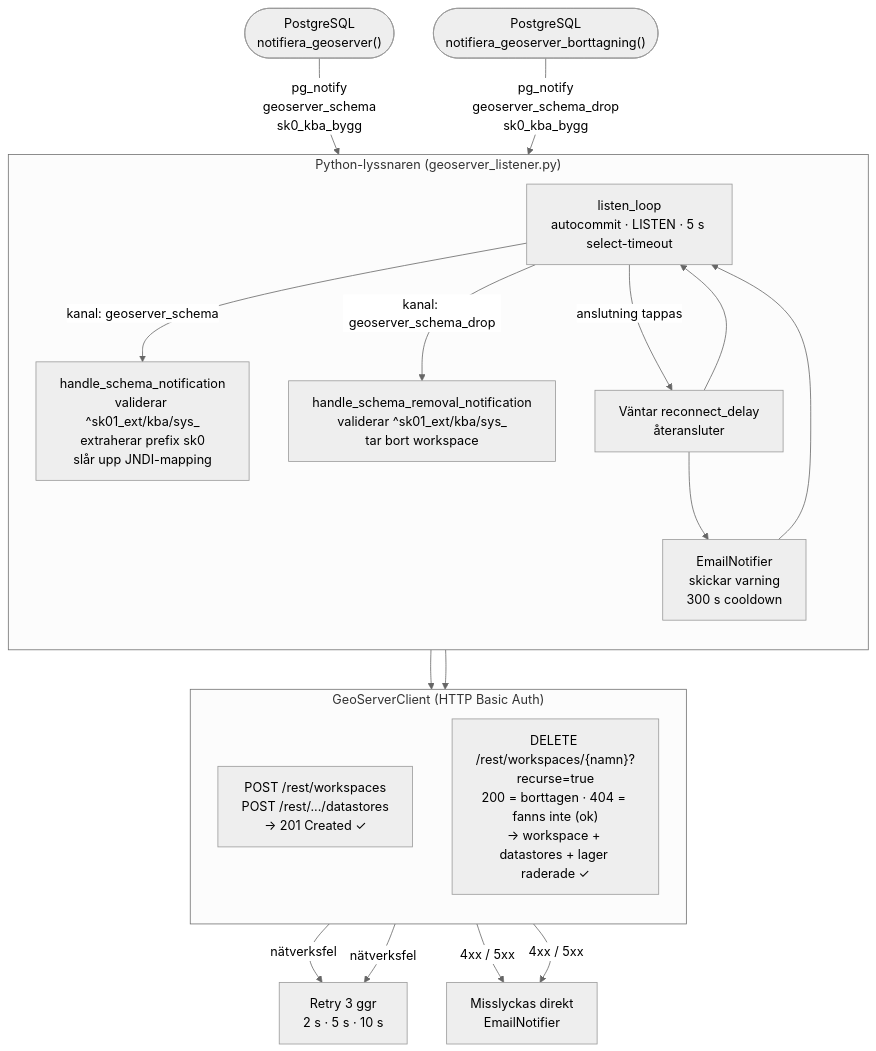
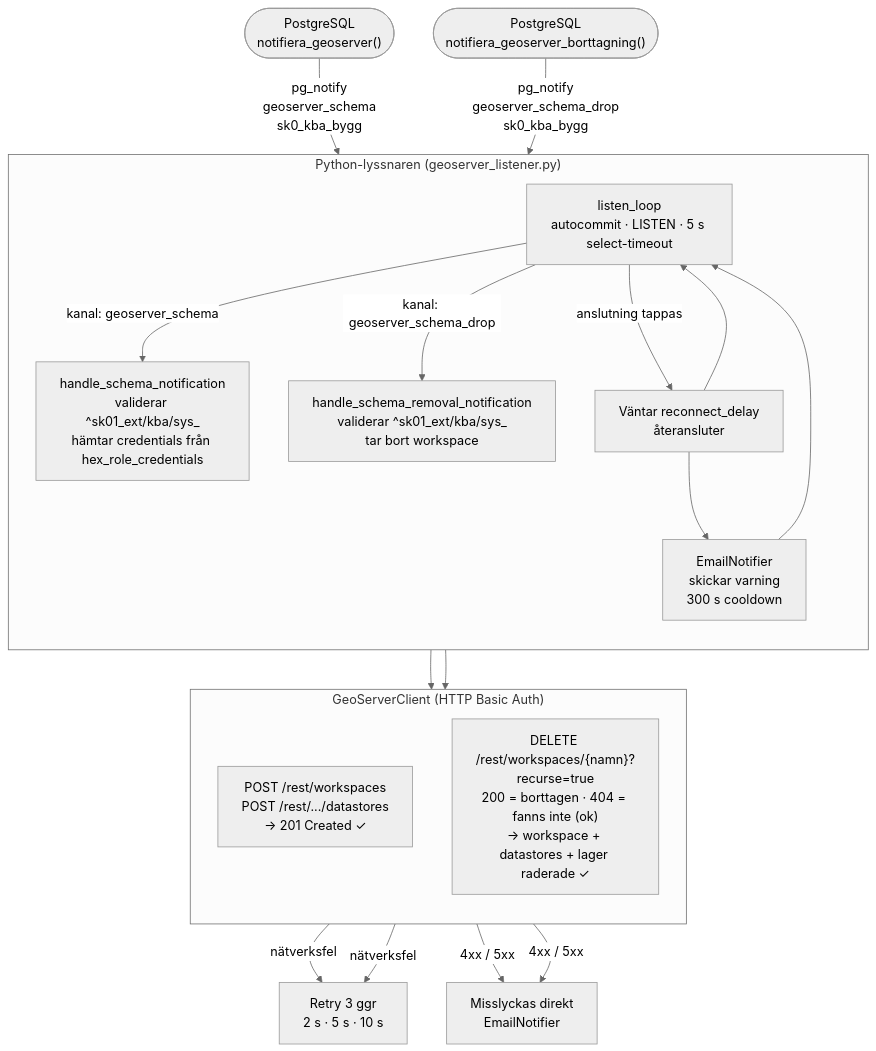
The ninth of 9 diagrams in LOGIC_MAP.md (Geodata-Kungsbacka/Hex), drawn with Mermaid (neutral theme) before and after one commit. The commit also changed other lines of this file and 5 other files, not shown here.

````diff
--- a/LOGIC_MAP.md
+++ b/LOGIC_MAP.md
@@ -788,32 +788,32 @@
 ```mermaid
 flowchart TD
     PG_C(["PostgreSQL<br/>notifiera_geoserver()"])
     PG_D(["PostgreSQL<br/>notifiera_geoserver_borttagning()"])
     PG_C --> |"pg_notify<br/>geoserver_schema<br/>sk0_kba_bygg"| LL
     PG_D --> |"pg_notify<br/>geoserver_schema_drop<br/>sk0_kba_bygg"| LL
 
     subgraph PY["Python-lyssnaren (geoserver_listener.py)"]
         direction TB
         LL["listen_loop<br/>autocommit · LISTEN · 5 s select-timeout"]
-        LL --> |"kanal: geoserver_schema"| HSN["handle_schema_notification<br/>validerar ^sk01_ext/kba/sys_<br/>extraherar prefix sk0<br/>slår upp JNDI-mapping"]
+        LL --> |"kanal: geoserver_schema"| HSN["handle_schema_notification<br/>validerar ^sk01_ext/kba/sys_<br/>hämtar credentials från hex_role_credentials"]
         LL --> |"kanal: geoserver_schema_drop"| HRN["handle_schema_removal_notification<br/>validerar ^sk01_ext/kba/sys_<br/>tar bort workspace"]
         LL --> |"anslutning tappas"| REC["Väntar reconnect_delay<br/>återansluter"]
         REC --> EMAIL1["EmailNotifier<br/>skickar varning<br/>300 s cooldown"]
         EMAIL1 --> LL
         REC --> LL
     end
 
     HSN --> GS_CREATE
     HRN --> GS_DELETE
 
     subgraph REST["GeoServerClient (HTTP Basic Auth)"]
         direction TB
         GS_CREATE["POST /rest/workspaces<br/>POST /rest/.../datastores<br/>→ 201 Created ✓"]
         GS_DELETE["DELETE /rest/workspaces/{namn}?recurse=true<br/>200 = borttagen · 404 = fanns inte (ok)<br/>→ workspace + datastores + lager raderade ✓"]
     end
 
     GS_CREATE --> |"nätverksfel"| RETRY["Retry 3 ggr<br/>2 s · 5 s · 10 s"]
     GS_DELETE --> |"nätverksfel"| RETRY
     GS_CREATE --> |"4xx / 5xx"| FAIL["Misslyckas direkt<br/>EmailNotifier"]
     GS_DELETE --> |"4xx / 5xx"| FAIL
 ```
````
